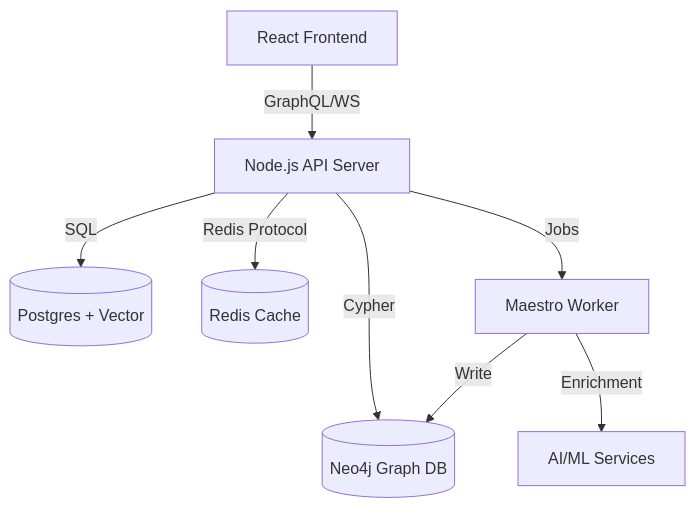
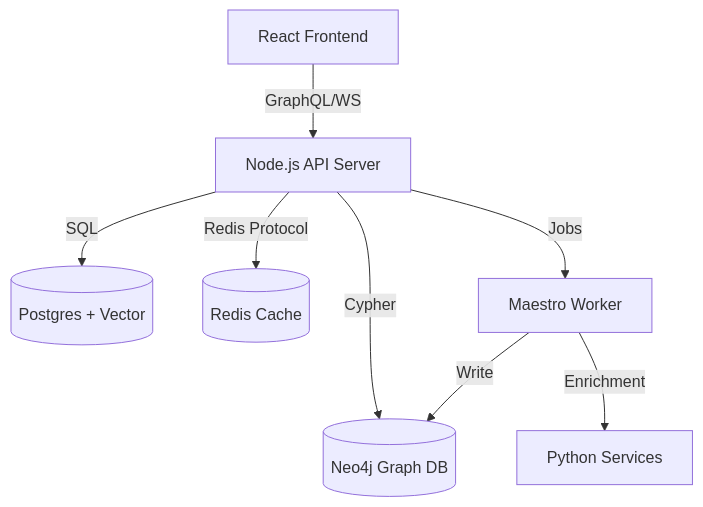
Before and after one commit to BrianCLong/summit: the diagram in docs/ARCHITECTURE.md, drawn with Mermaid. The commit also changed 13 other files, not shown here.

````diff
--- a/docs/ARCHITECTURE.md
+++ b/docs/ARCHITECTURE.md
@@ -53,10 +53,10 @@
 ```mermaid
 graph TD
     Client[React Frontend] -->|GraphQL/WS| API[Node.js API Server]
     API -->|Cypher| Neo4j[(Neo4j Graph DB)]
     API -->|SQL| Postgres[(Postgres + Vector)]
     API -->|Redis Protocol| Redis[(Redis Cache)]
     API -->|Jobs| Maestro[Maestro Worker]
-    Maestro -->|Enrichment| AI[AI/ML Services]
+    Maestro -->|Enrichment| Python[Python Services]
     Maestro -->|Write| Neo4j
 ```
````
